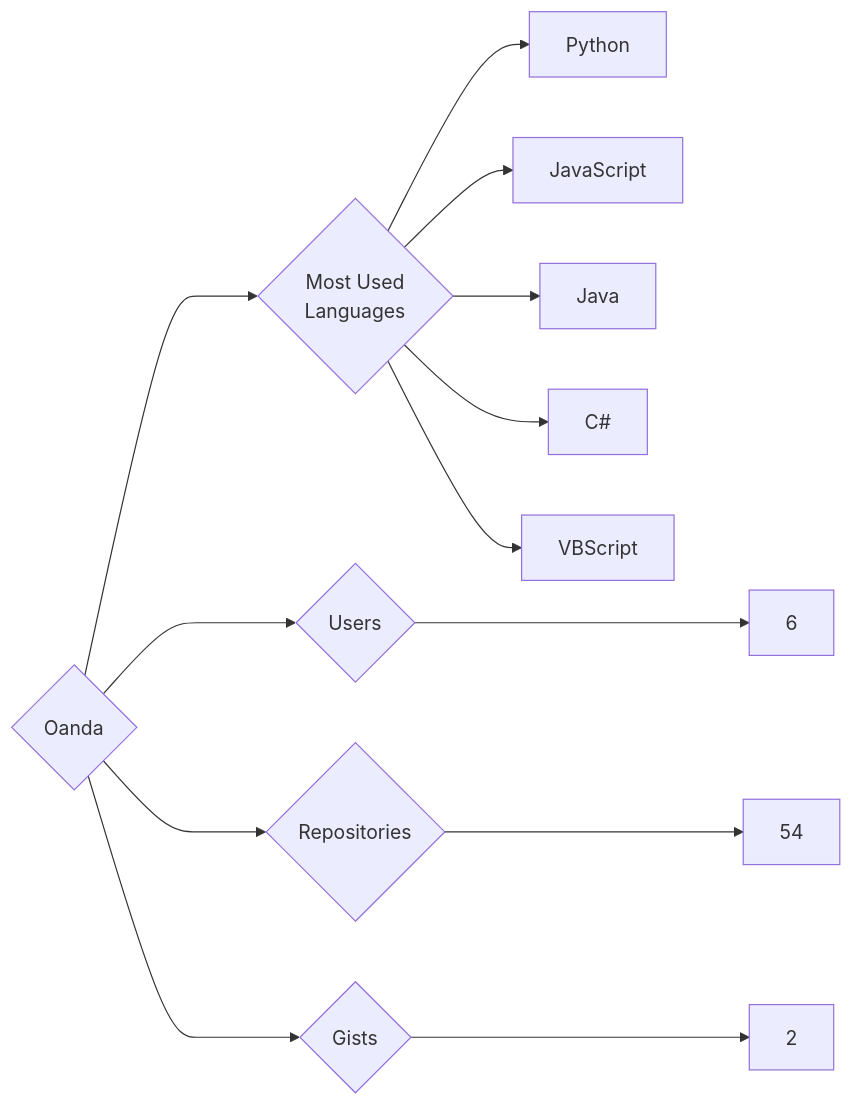
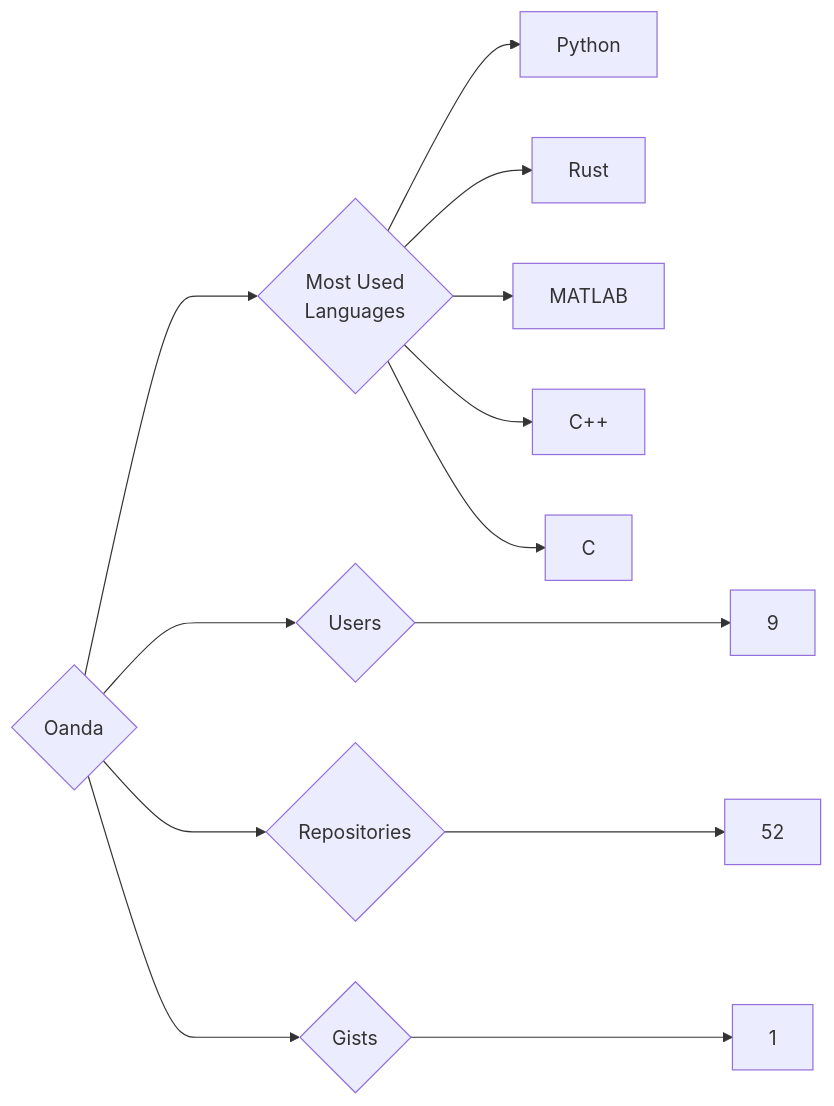
One commit to trickest/insiders changed the diagram in targets/Oanda/README.md. Above: the diagram before and after it, drawn with Mermaid. The commit also changed 1484 other files, not shown here.

````diff
--- a/targets/Oanda/README.md
+++ b/targets/Oanda/README.md
@@ -3,13 +3,13 @@
 ```mermaid
 graph LR
 COMPANY_NAME{Oanda}
-COMPANY_NAME ---> U{Users} ---> UN[6]
-COMPANY_NAME ---> R{Repositories} ---> RN[54]
-COMPANY_NAME ---> G{Gists} ---> GN[2]
+COMPANY_NAME ---> U{Users} ---> UN[9]
+COMPANY_NAME ---> R{Repositories} ---> RN[52]
+COMPANY_NAME ---> G{Gists} ---> GN[1]
 COMPANY_NAME ---> ML{Most Used<br>Languages}
 ML --> Python[Python]
-ML --> JavaScript[JavaScript]
-ML --> Java[Java]
-ML --> C#[C#]
-ML --> VBScript[VBScript]
+ML --> Rust[Rust]
+ML --> MATLAB[MATLAB]
+ML --> C++[C++]
+ML --> C[C]
 ```
````
